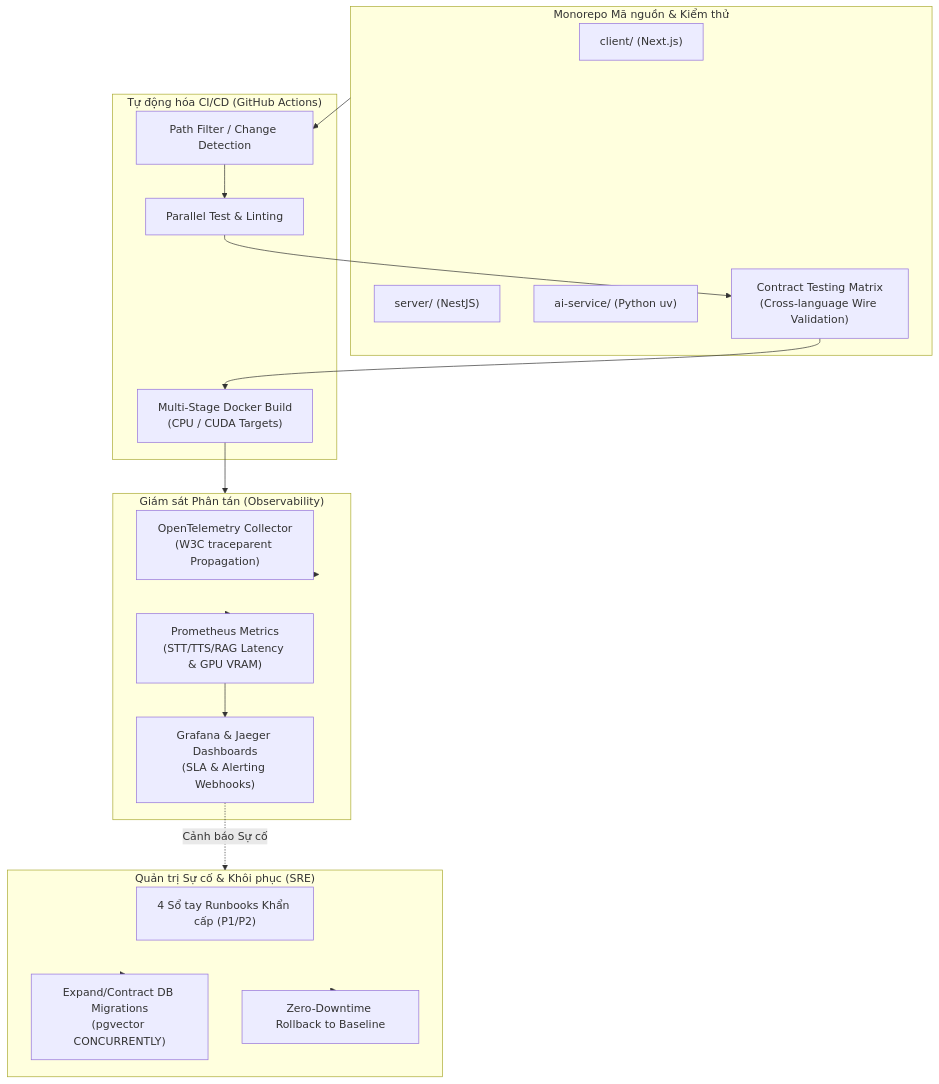
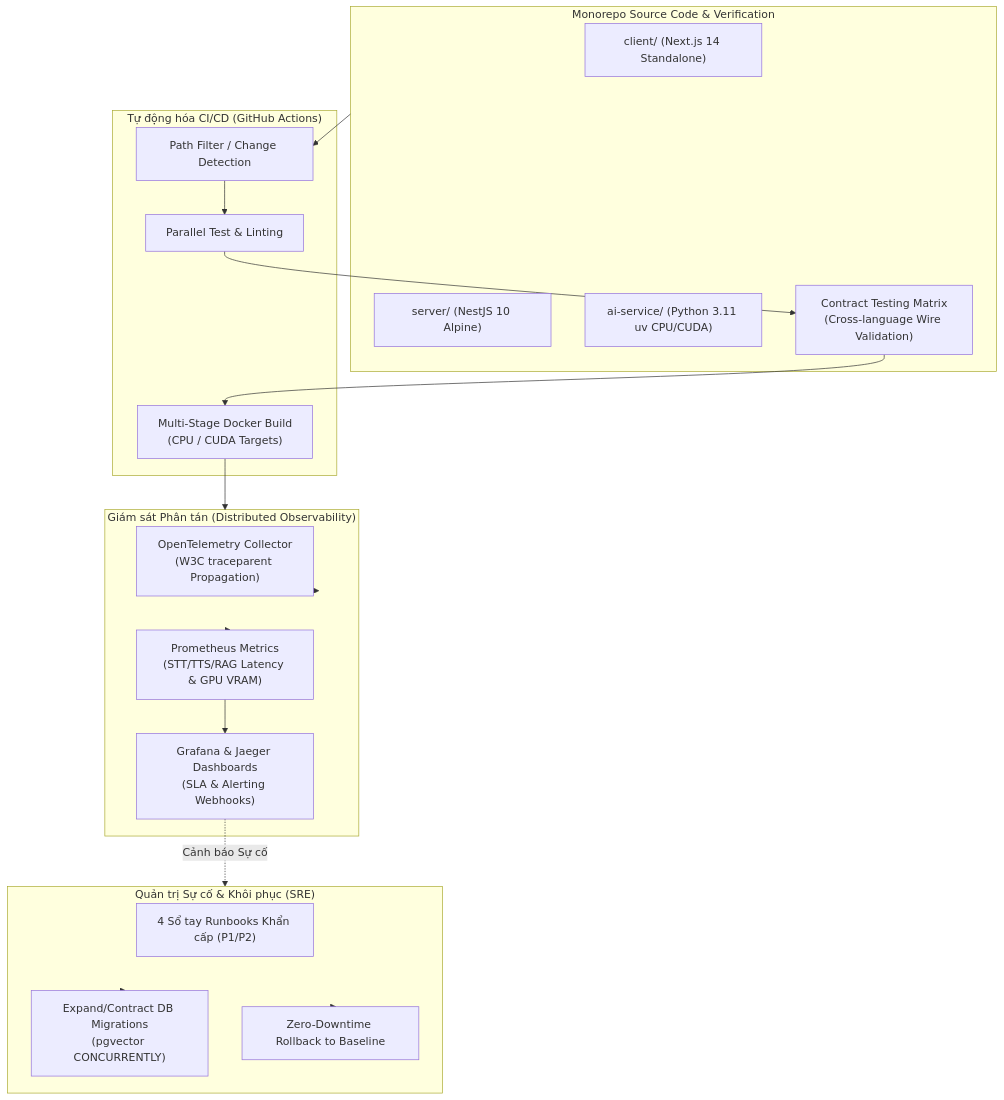
Before and after one commit to lethanhan01/interview-coach: the diagram in docs/refactor-docs/05_PHASE_5_DEV_OPS_INFRA/00_PHASE_5_OVERVIEW_AND_ARCHITECTURE.md, drawn with Mermaid. The commit also changed other lines of this file and 35 other files, not shown here.

````diff
--- a/docs/refactor-docs/05_PHASE_5_DEV_OPS_INFRA/00_PHASE_5_OVERVIEW_AND_ARCHITECTURE.md
+++ b/docs/refactor-docs/05_PHASE_5_DEV_OPS_INFRA/00_PHASE_5_OVERVIEW_AND_ARCHITECTURE.md
@@ -15,41 +16,41 @@
 ```mermaid
 graph TD
-    subgraph MonorepoCode["Monorepo Mã nguồn & Kiểm thử"]
-        Client["client/ (Next.js)"]
-        Server["server/ (NestJS)"]
-        AISvc["ai-service/ (Python uv)"]
+    subgraph MonorepoCode["Monorepo Source Code & Verification"]
+        Client["client/ (Next.js 14 Standalone)"]
+        Server["server/ (NestJS 10 Alpine)"]
+        AISvc["ai-service/ (Python 3.11 uv CPU/CUDA)"]
         ContractTest["Contract Testing Matrix<br/>(Cross-language Wire Validation)"]
     end
 
     subgraph CICDPipeline["Tự động hóa CI/CD (GitHub Actions)"]
         Detect["Path Filter / Change Detection"]
         BuildTest["Parallel Test & Linting"]
         BuildDocker["Multi-Stage Docker Build<br/>(CPU / CUDA Targets)"]
     end
 
-    subgraph ObservabilityStack["Giám sát Phân tán (Observability)"]
+    subgraph ObservabilityStack["Giám sát Phân tán (Distributed Observability)"]
         OTel["OpenTelemetry Collector<br/>(W3C traceparent Propagation)"]
         Prom["Prometheus Metrics<br/>(STT/TTS/RAG Latency & GPU VRAM)"]
         Grafana["Grafana & Jaeger Dashboards<br/>(SLA & Alerting Webhooks)"]
     end
 
     subgraph DisasterRecovery["Quản trị Sự cố & Khôi phục (SRE)"]
         Runbooks["4 Sổ tay Runbooks Khẩn cấp (P1/P2)"]
         SafeMigration["Expand/Contract DB Migrations<br/>(pgvector CONCURRENTLY)"]
         FastFailover["Zero-Downtime Rollback to Baseline"]
     end
 
     MonorepoCode --> Detect
     Detect --> BuildTest
     BuildTest --> ContractTest
     ContractTest --> BuildDocker
 
     BuildDocker --> ObservabilityStack
     ObservabilityStack --> Prom
     Prom --> Grafana
     ObservabilityStack --> OTel
 
     Grafana -.->|Cảnh báo Sự cố| DisasterRecovery
     DisasterRecovery --> SafeMigration
     DisasterRecovery --> FastFailover
 ```
````
